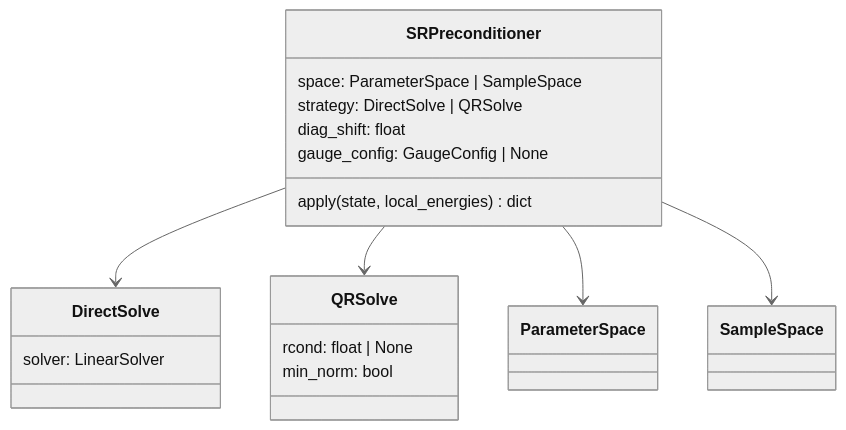
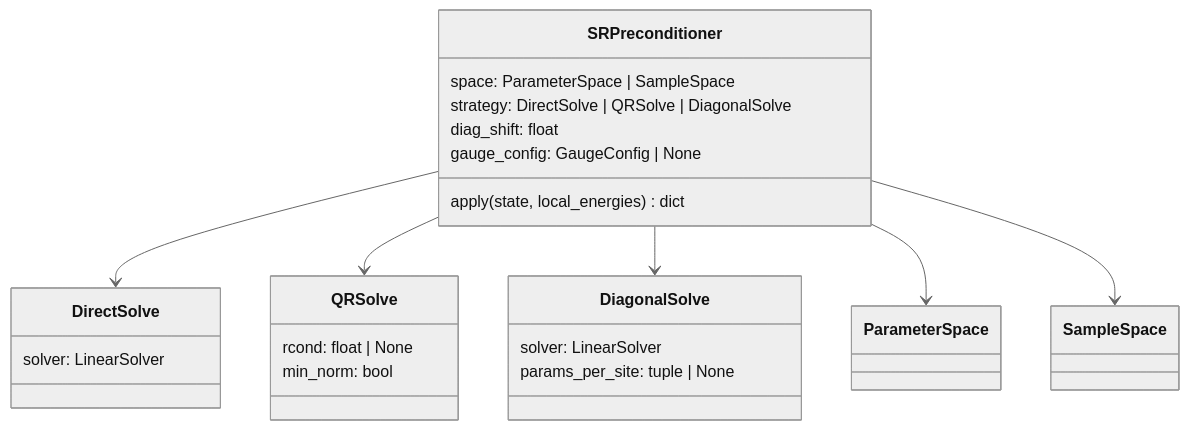
The second of 3 diagrams in DESIGN.md (fliingelephant/VMC), drawn with Mermaid (neutral theme) before and after one commit. The commit also changed other lines of this file and 5 other files, not shown here.

Commit message:
Add block-diagonal QGT approximation and solve strategy

````diff
--- a/DESIGN.md
+++ b/DESIGN.md
@@ -86,23 +97,28 @@
 ```mermaid
 classDiagram
     class DirectSolve {
         solver: LinearSolver
     }
     class QRSolve {
         rcond: float | None
         min_norm: bool
     }
+    class DiagonalSolve {
+        solver: LinearSolver
+        params_per_site: tuple | None
+    }
 
     class SRPreconditioner {
         space: ParameterSpace | SampleSpace
-        strategy: DirectSolve | QRSolve
+        strategy: DirectSolve | QRSolve | DiagonalSolve
         diag_shift: float
         gauge_config: GaugeConfig | None
         apply(state, local_energies) dict
     }
 
     SRPreconditioner --> DirectSolve
     SRPreconditioner --> QRSolve
+    SRPreconditioner --> DiagonalSolve
     SRPreconditioner --> ParameterSpace
     SRPreconditioner --> SampleSpace
 ```
````
